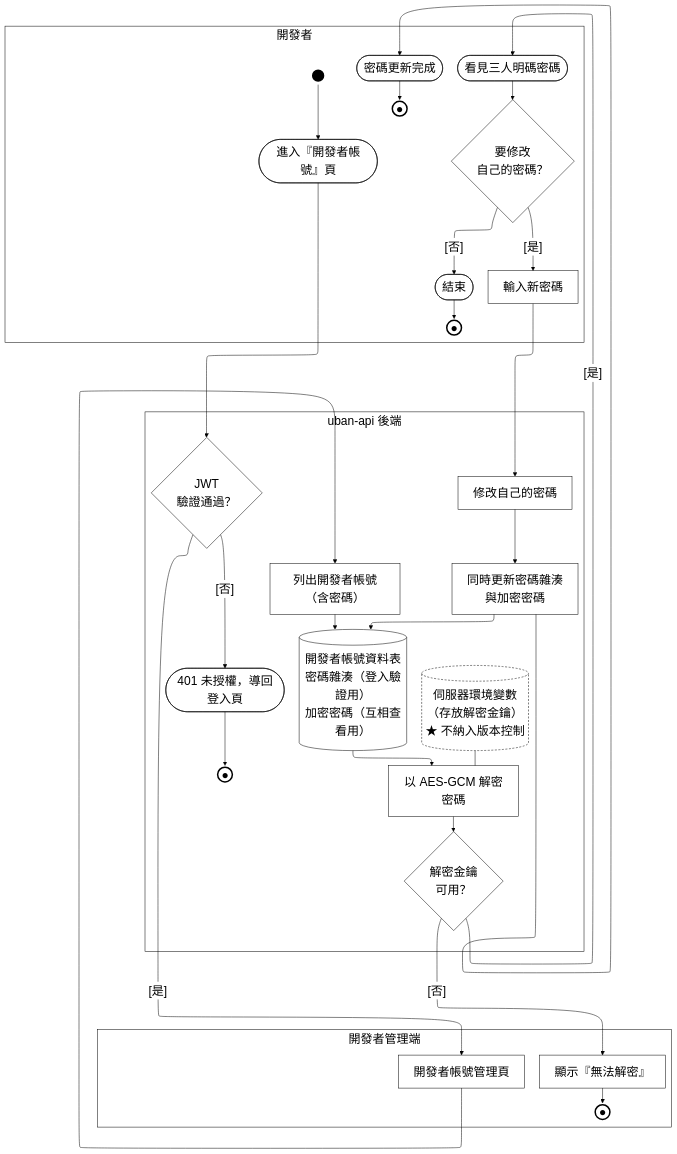
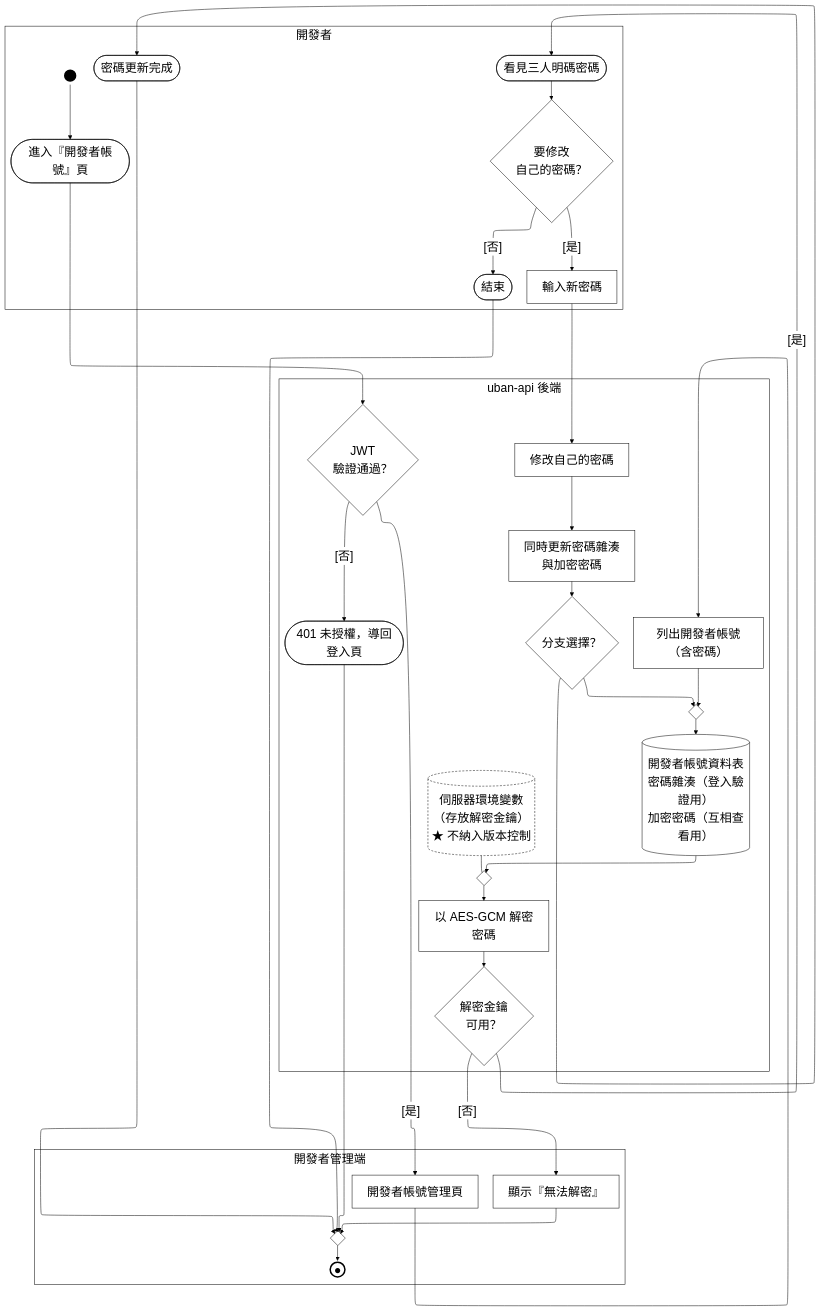
The diagram in Uban System Documents/mermaid原始碼/A24-帳號安全管理.mmd (HuangYu-Kai/Uban), drawn with Mermaid before and after one commit. The commit also changed 226 other files, not shown here.

Commit message:
Complete system manual with updated diagrams, formatting, and natural language

```diff
--- a/Uban System Documents/mermaid原始碼/A24-帳號安全管理.mmd
+++ b/Uban System Documents/mermaid原始碼/A24-帳號安全管理.mmd
@@ -1,64 +1,68 @@
 %%{init:{"layout":"elk","elk":{"mergeEdges":false,"nodePlacementStrategy":"NETWORK_SIMPLEX"},"flowchart":{"htmlLabels":true},"themeVariables":{"clusterBkg":"#FFFFFF","clusterBorder":"#000000","edgeLabelBackground":"#FFFFFF","textColor":"#000000","nodeTextColor":"#000000","titleColor":"#000000","lineColor":"#000000","fontSize":"24px"}}}%%
 flowchart TD
+  %% 鎖住泳道順序：ELK 不照宣告順序排，沒有這條鏈後端會跑到最上面
   subgraph ROLE["開發者"]
     PAD_ROLE["&nbsp;&nbsp;&nbsp;&nbsp;&nbsp;&nbsp;&nbsp;&nbsp;&nbsp;&nbsp;&nbsp;&nbsp;&nbsp;&nbsp;&nbsp;&nbsp;&nbsp;&nbsp;&nbsp;&nbsp;&nbsp;&nbsp;&nbsp;&nbsp;&nbsp;&nbsp;&nbsp;&nbsp;&nbsp;&nbsp;&nbsp;&nbsp;&nbsp;&nbsp;&nbsp;&nbsp;&nbsp;&nbsp;&nbsp;&nbsp;&nbsp;&nbsp;&nbsp;&nbsp;&nbsp;&nbsp;&nbsp;&nbsp;&nbsp;&nbsp;&nbsp;&nbsp;&nbsp;&nbsp;&nbsp;&nbsp;&nbsp;&nbsp;&nbsp;&nbsp;&nbsp;&nbsp;&nbsp;&nbsp;&nbsp;&nbsp;&nbsp;&nbsp;&nbsp;&nbsp;&nbsp;&nbsp;&nbsp;&nbsp;&nbsp;&nbsp;&nbsp;"]:::pad
     ST_S1(("&nbsp;")):::term
     S1([進入『開發者帳號』頁]):::act
     S2(["看見三人明碼密碼"]):::act
     S3{"要修改<br/>自己的密碼？"}:::dec
     S4["輸入新密碼"]:::act
     S5(["密碼更新完成"]):::act
-    EN_S5(("●")):::endterm
     E1([結束]):::act
-    EN_E1(("●")):::endterm
   end
   subgraph FE["開發者管理端"]
     PAD_FE["&nbsp;&nbsp;&nbsp;&nbsp;&nbsp;&nbsp;&nbsp;&nbsp;&nbsp;&nbsp;&nbsp;&nbsp;&nbsp;&nbsp;&nbsp;&nbsp;&nbsp;&nbsp;&nbsp;&nbsp;&nbsp;&nbsp;&nbsp;&nbsp;&nbsp;&nbsp;&nbsp;&nbsp;&nbsp;&nbsp;&nbsp;&nbsp;&nbsp;&nbsp;&nbsp;&nbsp;&nbsp;&nbsp;&nbsp;&nbsp;&nbsp;&nbsp;&nbsp;&nbsp;&nbsp;&nbsp;&nbsp;&nbsp;&nbsp;&nbsp;&nbsp;&nbsp;&nbsp;&nbsp;&nbsp;&nbsp;&nbsp;&nbsp;&nbsp;&nbsp;&nbsp;&nbsp;&nbsp;&nbsp;&nbsp;&nbsp;&nbsp;&nbsp;&nbsp;&nbsp;&nbsp;&nbsp;&nbsp;&nbsp;&nbsp;"]:::pad
     A1["開發者帳號管理頁"]:::act
     A2["顯示『無法解密』"]:::act
-    EN_A2(("●")):::endterm
+    M_END{" "}:::dec
+    EN_ALL(("●")):::endterm
   end
   subgraph BE["uban-api 後端"]
     G0{"JWT<br/>驗證通過？"}:::dec
     B1["列出開發者帳號（含密碼）"]:::act
     B2["以 AES-GCM 解密密碼"]:::act
     B3{"解密金鑰<br/>可用？"}:::dec
     B4["修改自己的密碼"]:::act
     B5["同時更新密碼雜湊<br/>與加密密碼"]:::act
     DB[("開發者帳號資料表<br/>密碼雜湊（登入驗證用）<br/>加密密碼（互相查看用）")]:::act
     ENV[("伺服器環境變數<br/>（存放解密金鑰）<br/>★ 不納入版本控制")]:::gap
     X(["401 未授權，導回登入頁"]):::act
-    EN_X(("●")):::endterm
+    D_B5{"分支選擇？"}:::dec
+    M_DB{" "}:::dec
+    M_B2{" "}:::dec
   end
 
   ST_S1 --> S1
   S1 --> G0
   G0 -->|"[否]"| X
   G0 -->|"[是]"| A1
   A1 --> B1
-  B1 --> DB
-  DB --> B2
-  ENV --- B2
+  B1 --> M_DB
+  DB --> M_B2
+  ENV --- M_B2
   B2 --> B3
   B3 -->|"[否]"| A2
   B3 -->|"[是]"| S2
   S2 --> S3
   S3 -->|"[否]"| E1
   S3 -->|"[是]"| S4
   S4 --> B4
   B4 --> B5
-  B5 --> DB
-  B5 --> S5
-  S5 --> EN_S5
-  E1 --> EN_E1
-  A2 --> EN_A2
-  X --> EN_X
-  %% 鎖住泳道順序：ELK 不照宣告順序排，沒有這條鏈後端會跑到最上面
+  D_B5 --> M_DB
+  D_B5 --> S5
+  S5 --> M_END
+  E1 --> M_END
+  A2 --> M_END
+  X --> M_END
+  B5 --> D_B5
+  M_DB --> DB
+  M_B2 --> B2
+  M_END --> EN_ALL
   ROLE ~~~ FE ~~~ BE
-
   classDef pad  fill:none,stroke:none,color:#FFFFFF
   classDef act  fill:#FFFFFF,stroke:#000000,stroke-width:1px,color:#000000
   classDef dec  fill:#FFFFFF,stroke:#000000,stroke-width:1px,color:#000000
   classDef term fill:#000000,stroke:#000000,stroke-width:3px,color:#000000
   classDef endterm fill:#FFFFFF,stroke:#000000,stroke-width:3px,color:#000000
   classDef gap  fill:#FFFFFF,stroke:#000000,stroke-width:1px,color:#000000,stroke-dasharray:4 3
```
